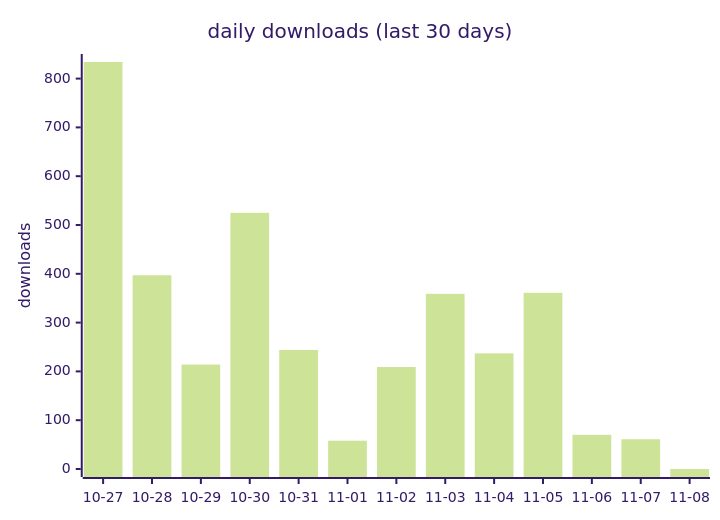
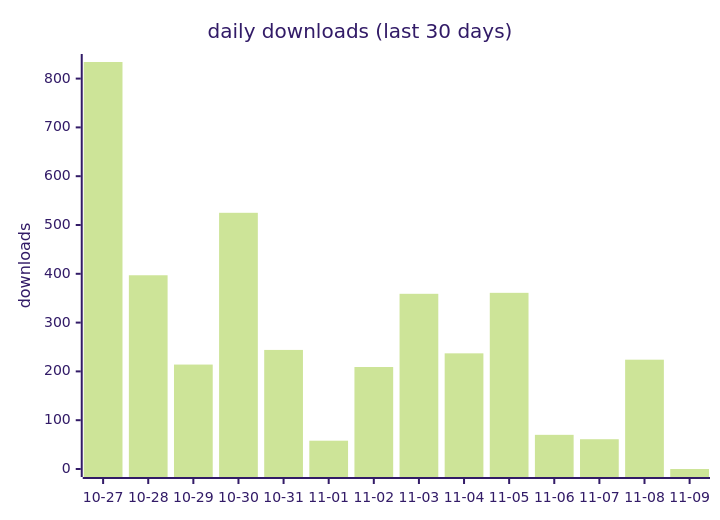
One commit to terry2010/dsh-rss-news-daily changed the first of 2 diagrams in docs/downloads-2026.md. Above: the diagram before and after it, drawn with Mermaid (forest theme). The commit also changed other lines of this file and 1 other file, not shown here.

````diff
--- a/docs/downloads-2026.md
+++ b/docs/downloads-2026.md
@@ -19,7 +19,7 @@
 ```mermaid
 xychart-beta
     title "daily downloads (last 30 days)"
-    x-axis ["10-27", "10-28", "10-29", "10-30", "10-31", "11-01", "11-02", "11-03", "11-04", "11-05", "11-06", "11-07", "11-08"]
+    x-axis ["10-27", "10-28", "10-29", "10-30", "10-31", "11-01", "11-02", "11-03", "11-04", "11-05", "11-06", "11-07", "11-08", "11-09"]
     y-axis "downloads" 0 --> 834
-    bar [834, 397, 214, 525, 244, 58, 209, 359, 237, 361, 70, 61, 0]
+    bar [834, 397, 214, 525, 244, 58, 209, 359, 237, 361, 70, 61, 224, 0]
 ```
````
